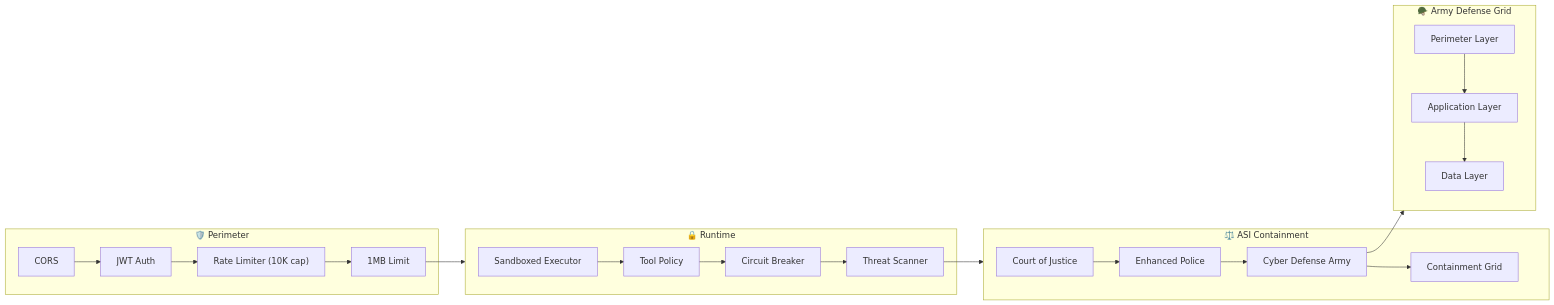
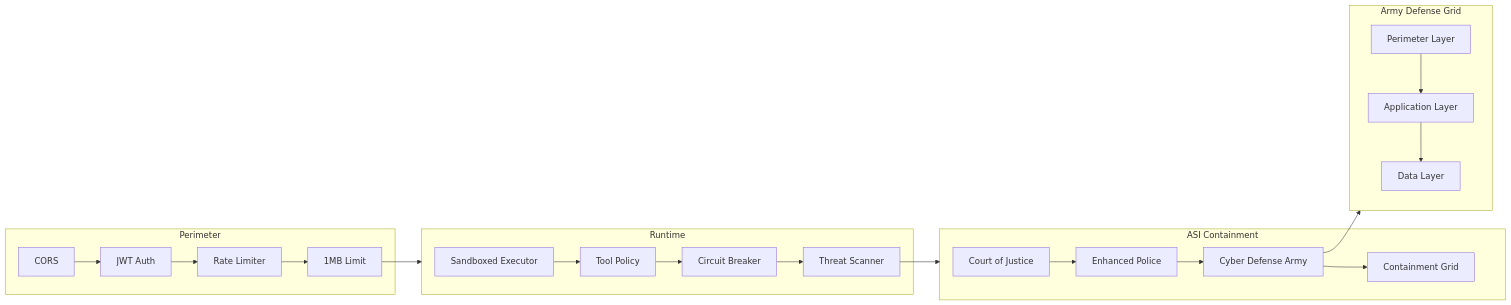
The seventh of 9 diagrams in README.md (boopathygamer/astra-agent), drawn with Mermaid before and after one commit. The commit also changed other lines of this file, not shown here.

````diff
--- a/README.md
+++ b/README.md
@@ -763,22 +777,22 @@
 ```mermaid
 flowchart LR
-    subgraph Perimeter["🛡️ Perimeter"]
-        CORS["CORS"] --> HMAC["JWT Auth"] --> Rate["Rate Limiter (10K cap)"] --> Size["1MB Limit"]
+    subgraph Perimeter["Perimeter"]
+        CORS["CORS"] --> HMAC["JWT Auth"] --> Rate["Rate Limiter"] --> Size["1MB Limit"]
     end
 
-    subgraph Runtime["🔒 Runtime"]
+    subgraph Runtime["Runtime"]
         Sandbox["Sandboxed Executor"] --> Policy["Tool Policy"] --> Loop["Circuit Breaker"] --> Threat["Threat Scanner"]
     end
 
-    subgraph ASI_Layer["⚖️ ASI Containment"]
+    subgraph ASI_Layer["ASI Containment"]
         Court["Court of Justice"] --> Police["Enhanced Police"] --> Army["Cyber Defense Army"] --> Grid["Containment Grid"]
     end
 
-    subgraph Defense["🪖 Army Defense Grid"]
+    subgraph Defense["Army Defense Grid"]
         DP["Perimeter Layer"] --> DA["Application Layer"] --> DD["Data Layer"]
     end
 
     Size --> Runtime
     Threat --> ASI_Layer
     Army --> Defense
 ```
````
